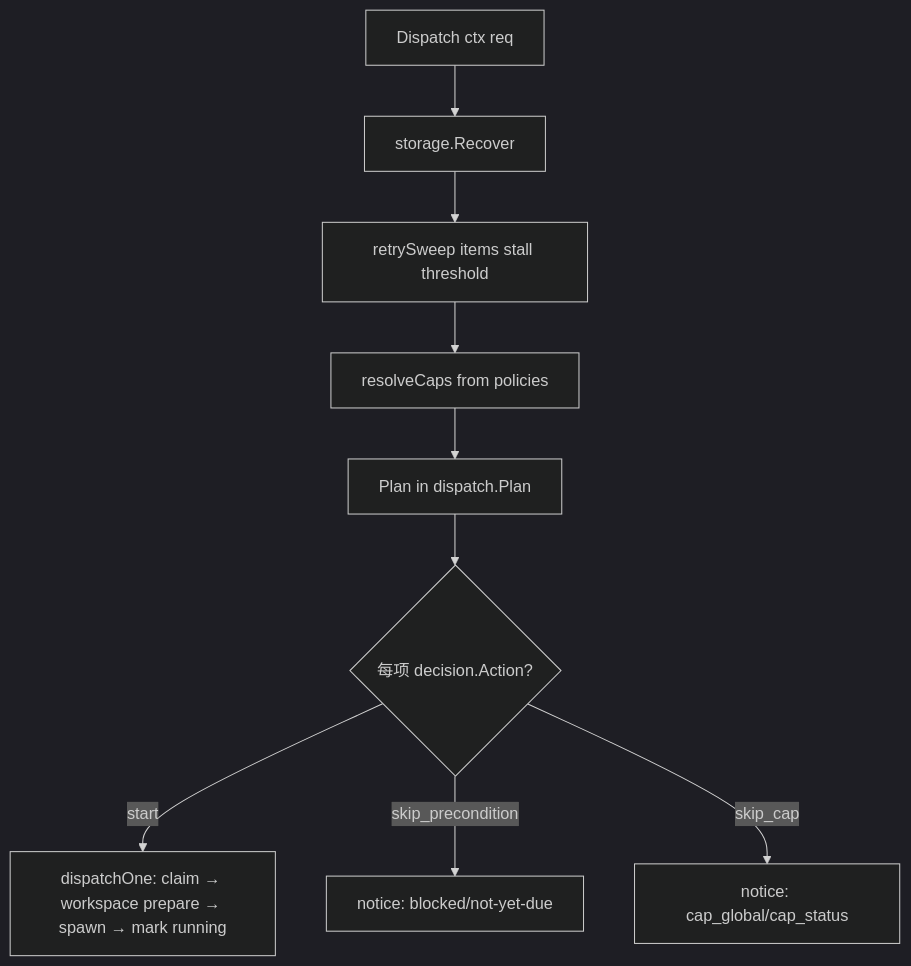
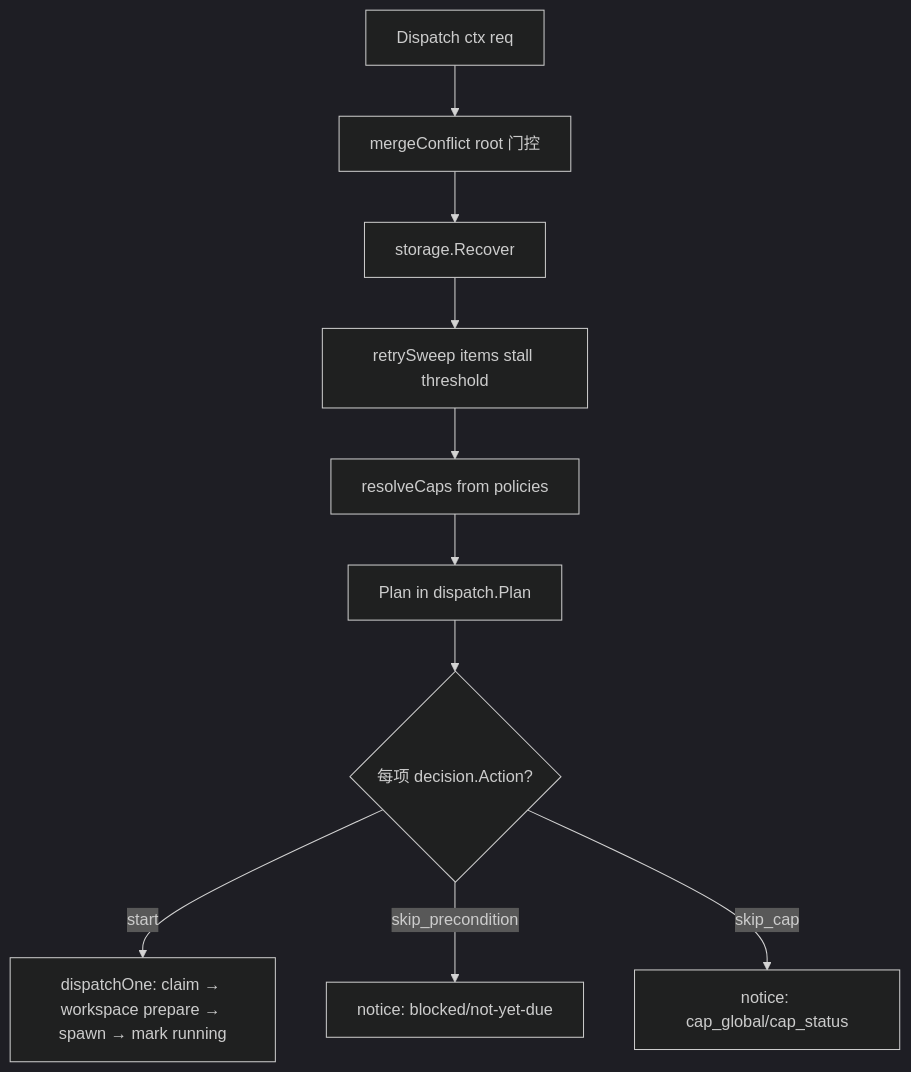
Before and after one commit to JAYY513/Workloom: the third of 3 diagrams in docs/repowiki/knowledge/共享应用与MCP/架构设计.md, drawn with Mermaid (dark theme). The commit also changed other lines of this file and 46 other files, not shown here.

````diff
--- a/docs/repowiki/knowledge/共享应用与MCP/架构设计.md
+++ b/docs/repowiki/knowledge/共享应用与MCP/架构设计.md
@@ -151,11 +166,12 @@
 ```mermaid
 flowchart TD
-    A[Dispatch ctx req] --> B[storage.Recover]
-    B --> C[retrySweep items stall threshold]
-    C --> D[resolveCaps from policies]
-    D --> E[Plan in dispatch.Plan]
-    E --> F{每项 decision.Action?}
-    F -- start --> G[dispatchOne: claim → workspace prepare → spawn → mark running]
-    F -- skip_precondition --> H[notice: blocked/not-yet-due]
-    F -- skip_cap --> I[notice: cap_global/cap_status]
+    A[Dispatch ctx req] --> B[mergeConflict root 门控]
+    B --> C[storage.Recover]
+    C --> D[retrySweep items stall threshold]
+    D --> E[resolveCaps from policies]
+    E --> F[Plan in dispatch.Plan]
+    F --> G{每项 decision.Action?}
+    G -- start --> H[dispatchOne: claim → workspace prepare → spawn → mark running]
+    G -- skip_precondition --> I[notice: blocked/not-yet-due]
+    G -- skip_cap --> J[notice: cap_global/cap_status]
 ```
````
